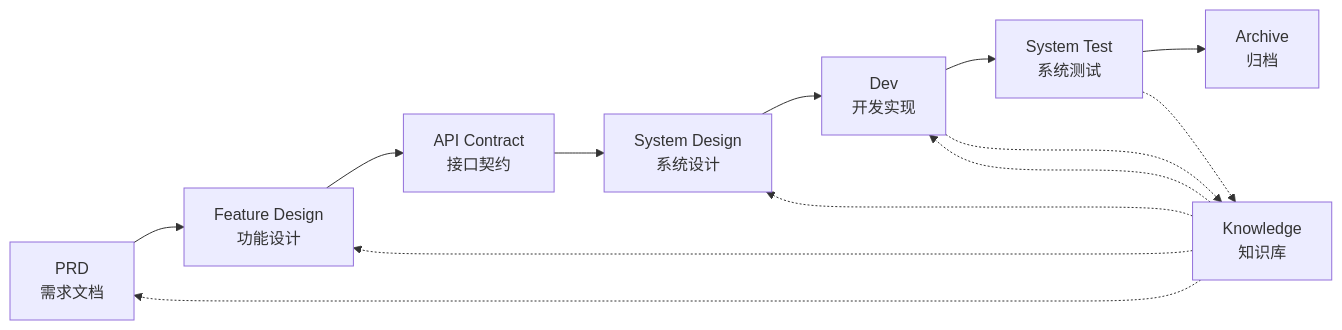
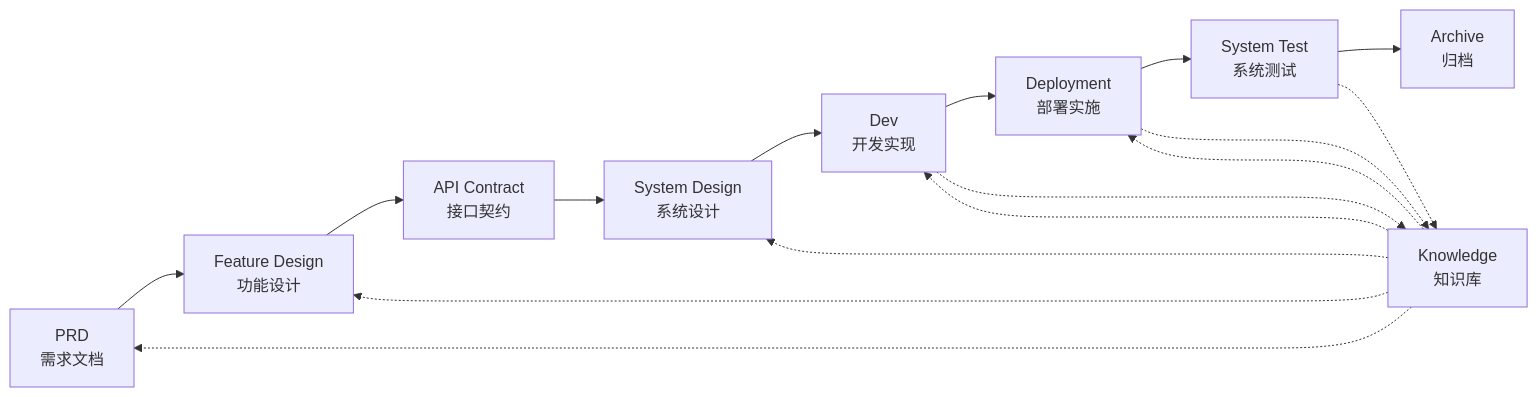
The diagram in README.md (charlesmu99/speccrew), drawn with Mermaid before and after one commit. The commit also changed other lines of this file and 35 other files, not shown here.

````diff
--- a/README.md
+++ b/README.md
@@ -166,17 +166,20 @@
 ```mermaid
 graph LR
     A[PRD<br/>需求文档] --> B[Feature Design<br/>功能设计]
     B --> C[API Contract<br/>接口契约]
     C --> D[System Design<br/>系统设计]
     D --> E[Dev<br/>开发实现]
-    E --> F[System Test<br/>系统测试]
-    F --> G[Archive<br/>归档]
+    E --> F[Deployment<br/>部署实施]
+    F --> G[System Test<br/>系统测试]
+    G --> H[Archive<br/>归档]
     
-    H[Knowledge<br/>知识库] -.-> A
-    H -.-> B
-    H -.-> D
-    H -.-> E
+    I[Knowledge<br/>知识库] -.-> A
+    I -.-> B
+    I -.-> D
+    I -.-> E
+    I -.-> F
     
-    E -.-> H
-    F -.-> H
+    E -.-> I
+    F -.-> I
+    G -.-> I
 ```
````
